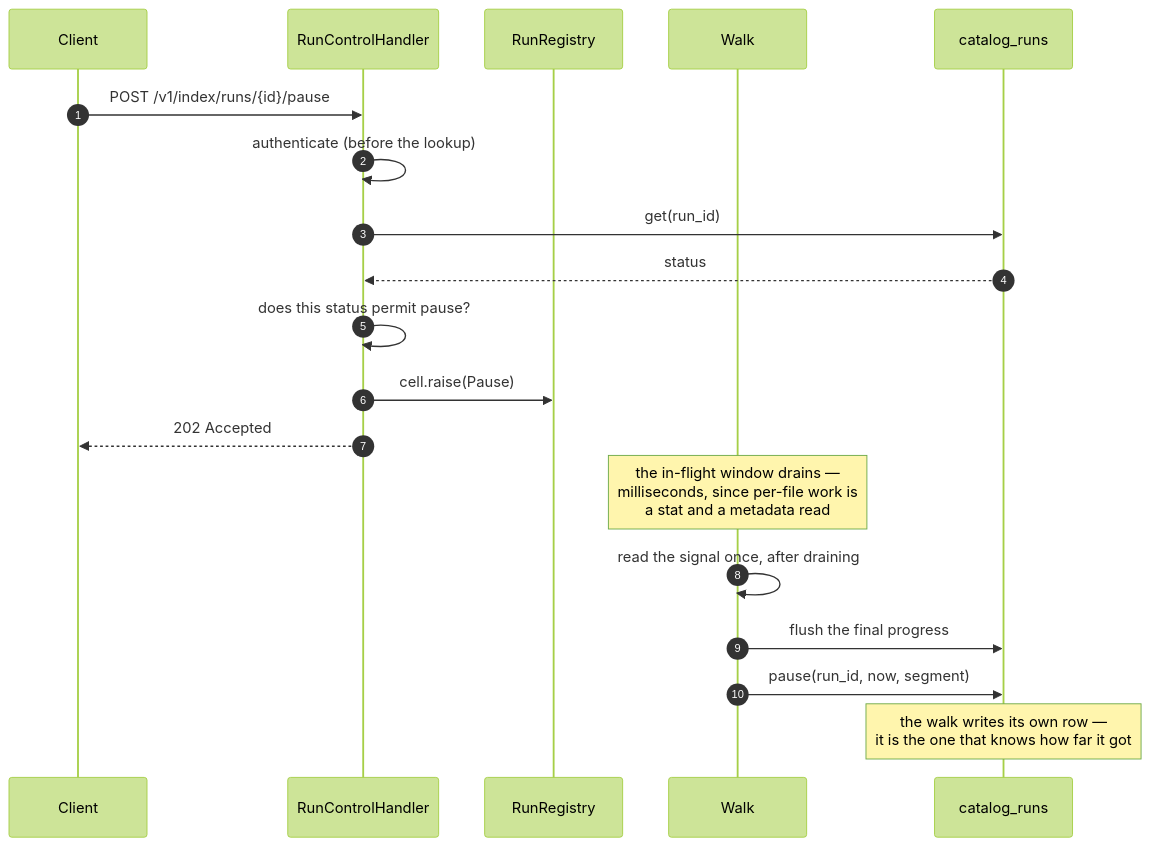
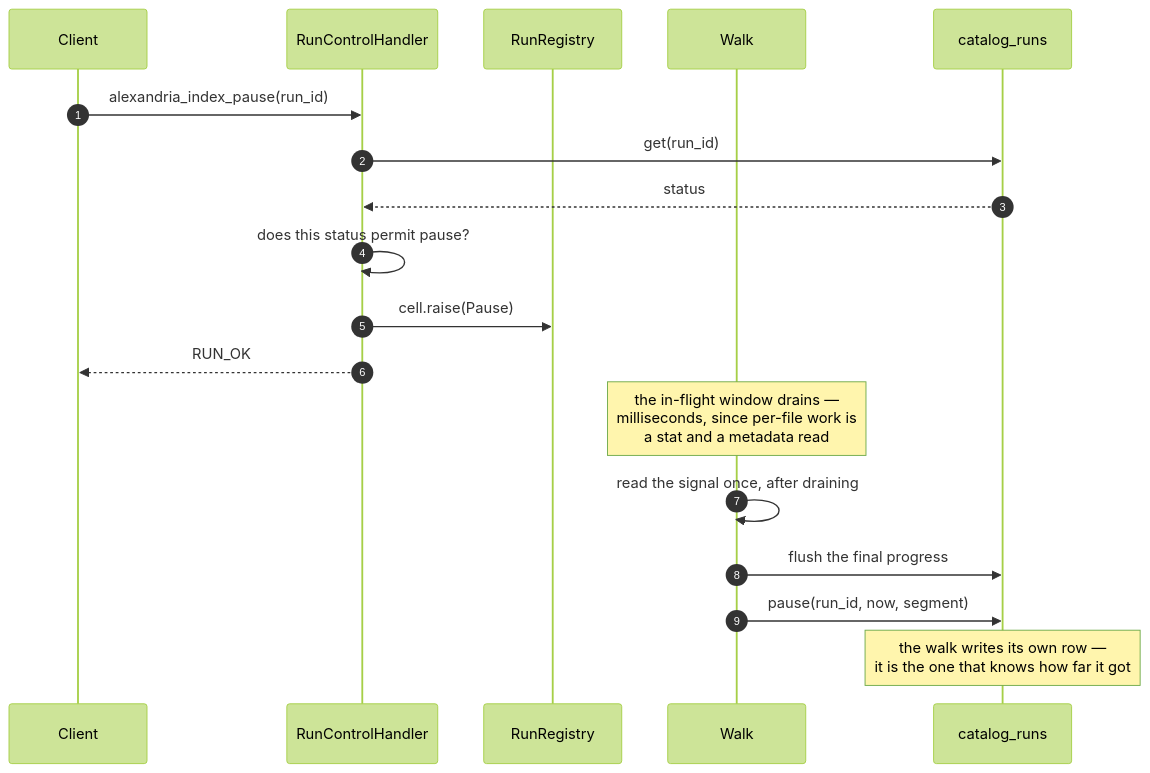
The seventh of 10 diagrams in docs/System Behavior Document.md (artur-rios/alexandria-api), drawn with Mermaid (forest theme) before and after one commit. The commit also changed other lines of this file and 15 other files, not shown here.

````diff
--- a/docs/System Behavior Document.md
+++ b/docs/System Behavior Document.md
@@ -510,22 +478,21 @@
 ```mermaid
 sequenceDiagram
     autonumber
     participant CL as Client
     participant RC as RunControlHandler
     participant REG as RunRegistry
     participant W as Walk
     participant R as catalog_runs
 
-    CL->>RC: POST /v1/index/runs/{id}/pause
-    RC->>RC: authenticate (before the lookup)
+    CL->>RC: alexandria_index_pause(run_id)
     RC->>R: get(run_id)
     R-->>RC: status
     RC->>RC: does this status permit pause?
     RC->>REG: cell.raise(Pause)
-    RC-->>CL: 202 Accepted
+    RC-->>CL: RUN_OK
     Note over W: the in-flight window drains —<br/>milliseconds, since per-file work is<br/>a stat and a metadata read
     W->>W: read the signal once, after draining
     W->>R: flush the final progress
     W->>R: pause(run_id, now, segment)
     Note over R: the walk writes its own row —<br/>it is the one that knows how far it got
 ```
````
